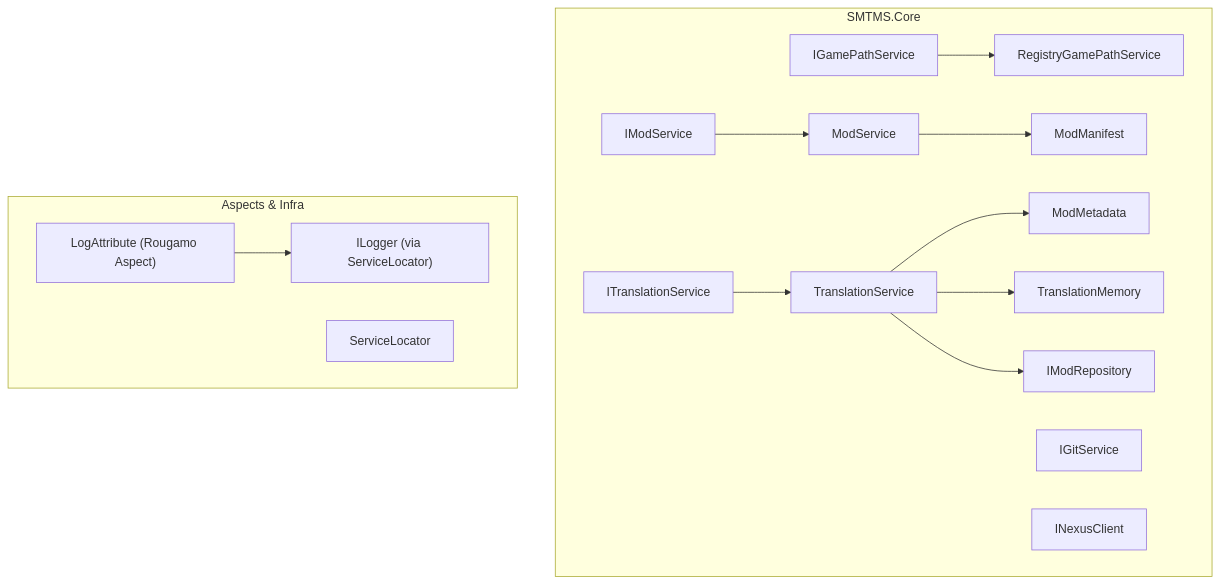
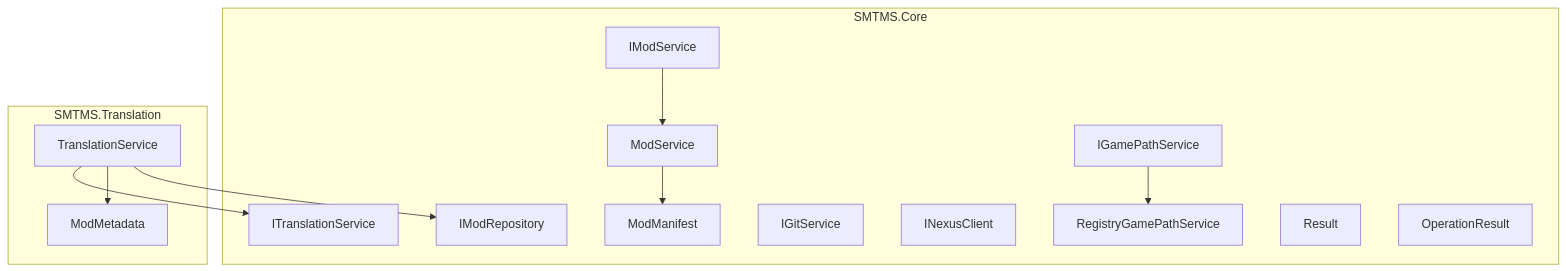
The second of 11 diagrams in docs/ARCHITECTURE.md (Sisyphean-a/SMTMS), drawn with Mermaid before and after one commit. The commit also changed other lines of this file and 19 other files, not shown here.

````diff
--- a/docs/ARCHITECTURE.md
+++ b/docs/ARCHITECTURE.md
@@ -74,23 +84,23 @@
 ```mermaid
 flowchart TD
     subgraph SMTMS_Core[SMTMS.Core]
         IMod["IModService"] --> ModService["ModService"]
-        ITrans["ITranslationService"] --> TranslationService["TranslationService"]
+        ITrans["ITranslationService"]
         IGame["IGamePathService"] --> RegistryGamePathService["RegistryGamePathService"]
 
         IRepo["IModRepository"]
         IGit["IGitService"]
         INexus["INexusClient"]
 
         ModService --> ModManifest["ModManifest"]
-        TranslationService --> ModMetadata["ModMetadata"]
-        TranslationService --> TranslationMemory["TranslationMemory"]
+
+        Result["Result<T>"]
+        OpResult["OperationResult"]
     end
 
-    subgraph Aspects_Infra["Aspects & Infra"]
-        LogAttr["LogAttribute (Rougamo Aspect)"] --> Logger["ILogger (via ServiceLocator)"]
-        ServiceLocator["ServiceLocator"]
+    subgraph SMTMS_Translation[SMTMS.Translation]
+        TranslationService["TranslationService"] --> ITrans
+        TranslationService --> ModMetadata["ModMetadata"]
+        TranslationService --> IRepo
     end
-
-    TranslationService --> IRepo
 ```
````
